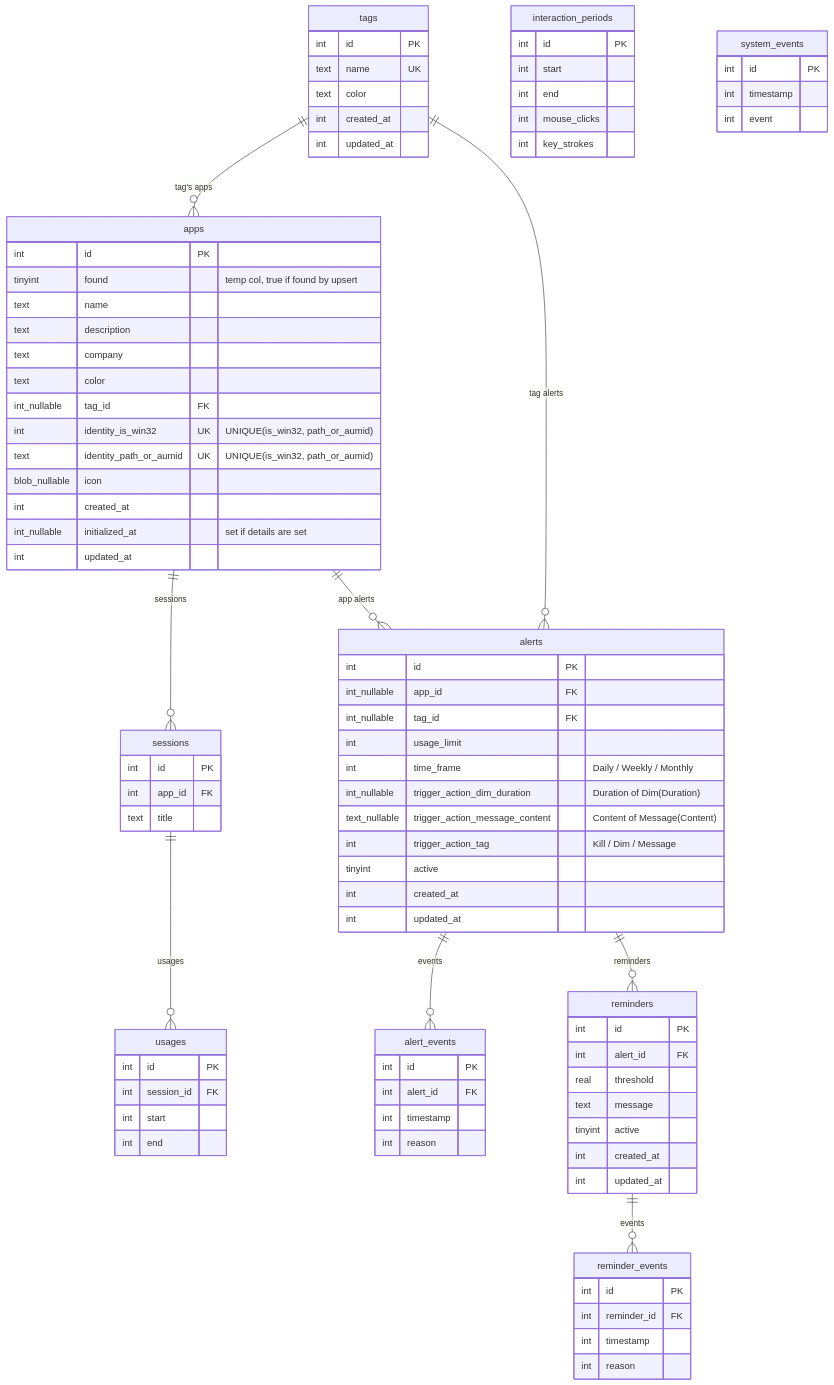
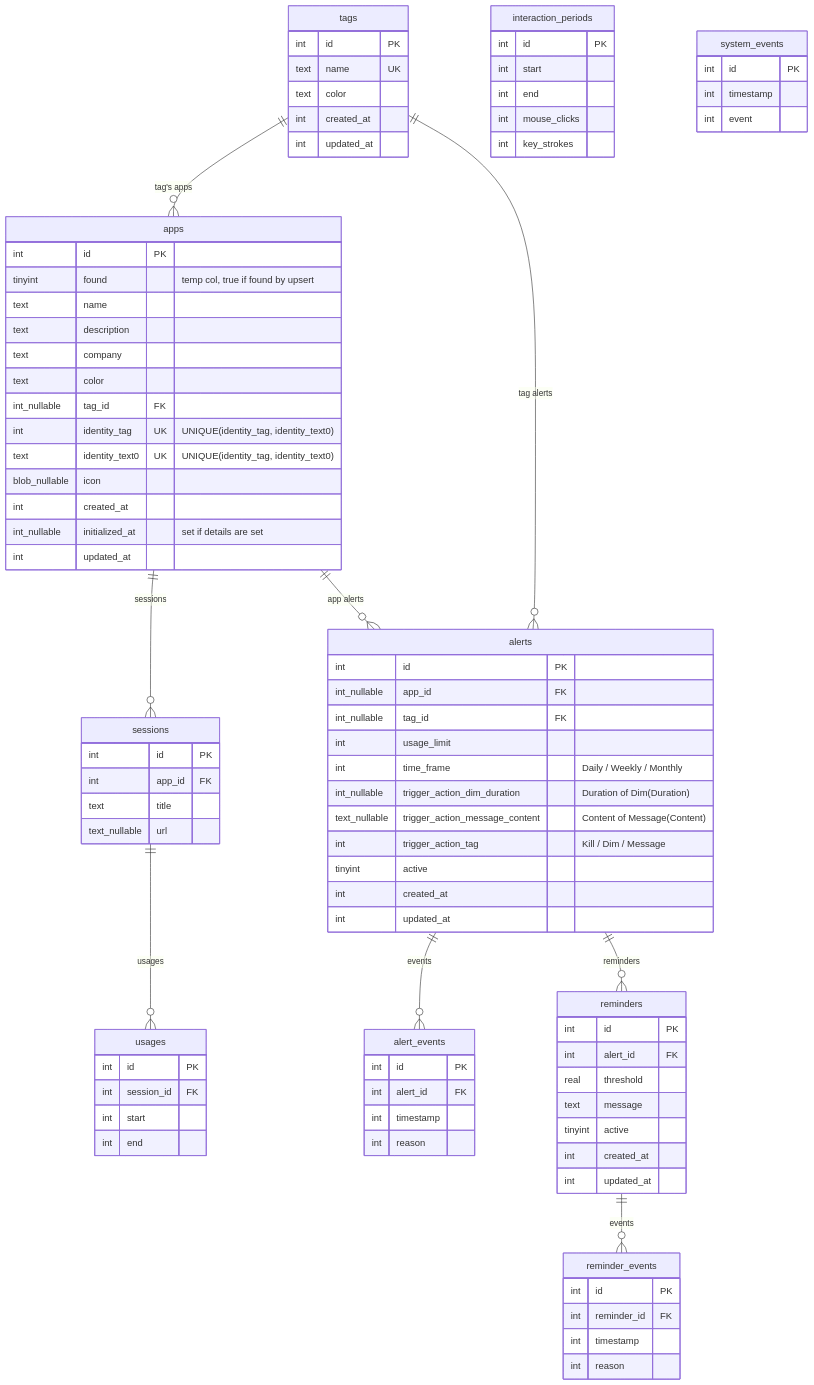
The second of 2 diagrams in docs/ARCHITECTURE.md (Enigmatrix/Cobalt), drawn with Mermaid before and after one commit. The commit also changed 7 other files, not shown here.

Commit message:
feat(data): add session url field, app identity Website enum

```diff
--- a/docs/ARCHITECTURE.md
+++ b/docs/ARCHITECTURE.md
@@ -142,8 +142,8 @@
         text            company
         text            color
         int_nullable    tag_id FK
-        int             identity_is_win32     UK "UNIQUE(is_win32, path_or_aumid)"
-        text            identity_path_or_aumid   UK "UNIQUE(is_win32, path_or_aumid)"
+        int             identity_tag     UK "UNIQUE(identity_tag, identity_text0)"
+        text            identity_text0   UK "UNIQUE(identity_tag, identity_text0)"
         blob_nullable   icon
         int             created_at
         int_nullable    initialized_at "set if details are set"
@@ -162,6 +162,7 @@
         int             id PK
         int             app_id FK
         text            title
+        text_nullable   url
     }
 
     usages {
```
